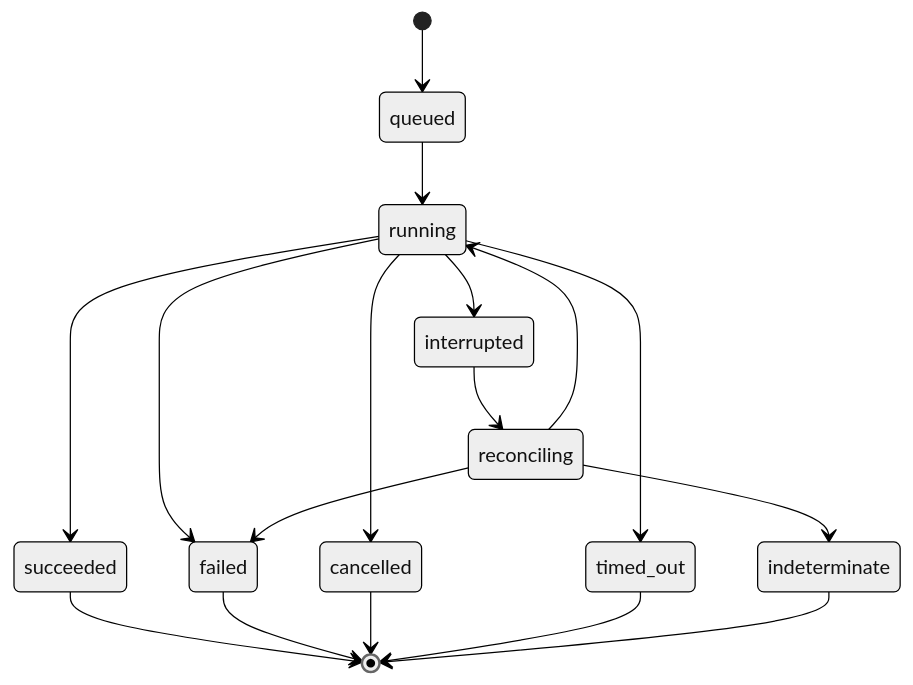
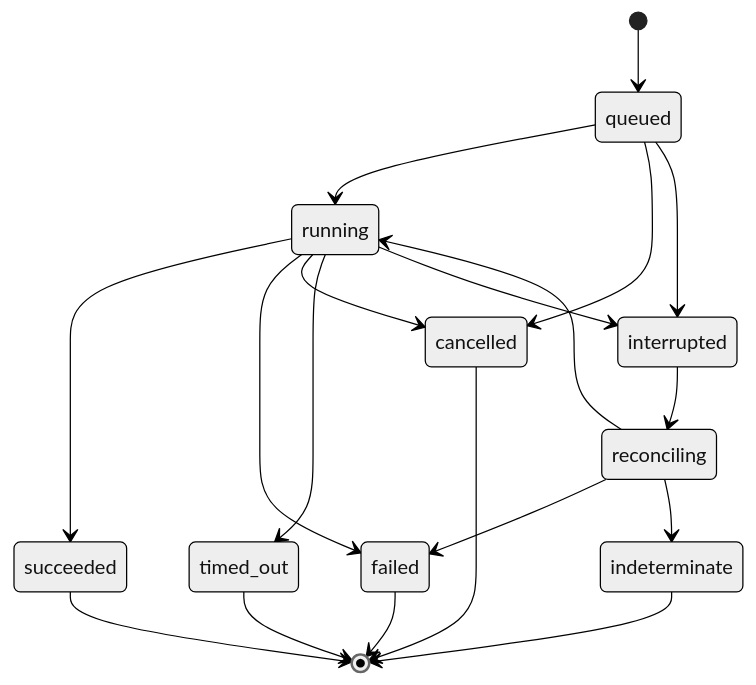
The third of 3 diagrams in docs/khufu-design.md (leynos/khufu), drawn with Mermaid (neutral theme) before and after one commit. The commit also changed other lines of this file and 1 other file, not shown here.

First line of the commit message:
Resolve review findings in design and roadmap

````diff
--- a/docs/khufu-design.md
+++ b/docs/khufu-design.md
@@ -805,19 +808,21 @@
 ```mermaid
 stateDiagram-v2
     [*] --> queued
     queued --> running
+    queued --> cancelled
+    queued --> interrupted
     running --> succeeded
     running --> failed
     running --> cancelled
     running --> timed_out
     running --> interrupted
     interrupted --> reconciling
     reconciling --> running
     reconciling --> failed
     reconciling --> indeterminate
     succeeded --> [*]
     failed --> [*]
     cancelled --> [*]
     timed_out --> [*]
     indeterminate --> [*]
 ```
````
